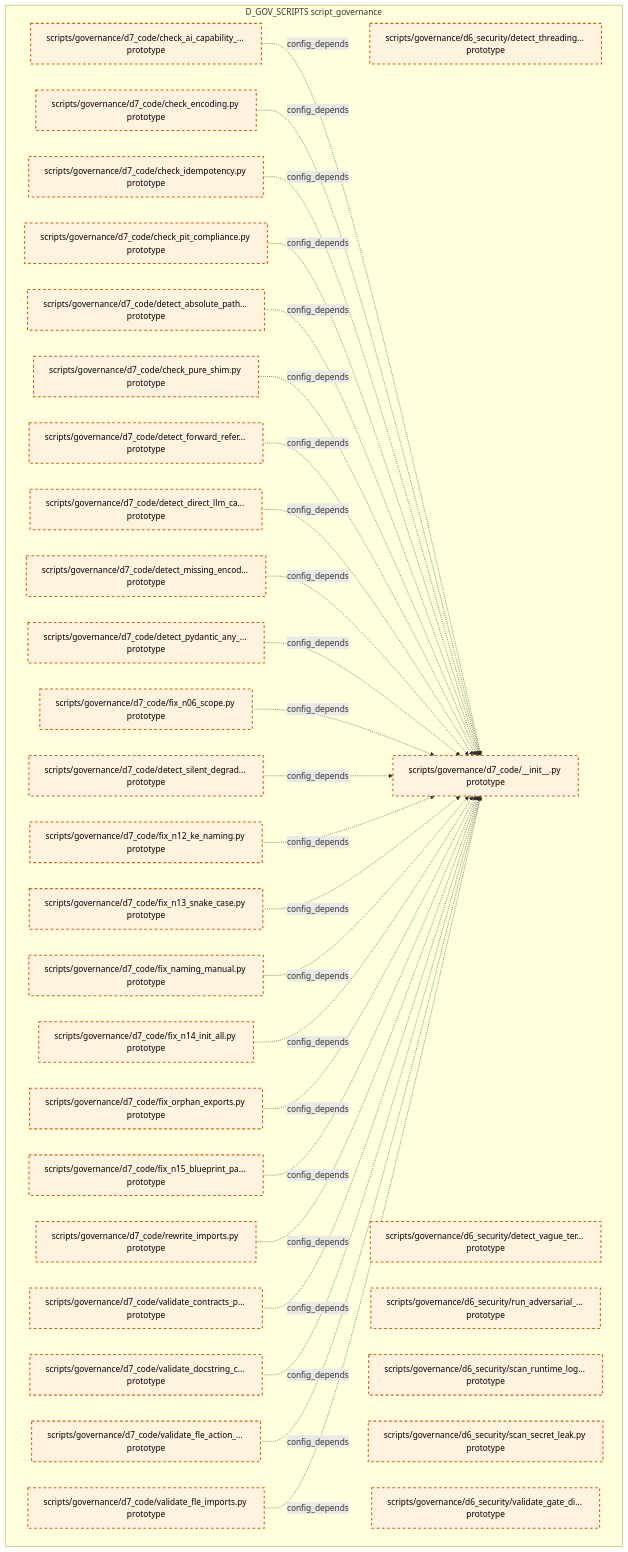
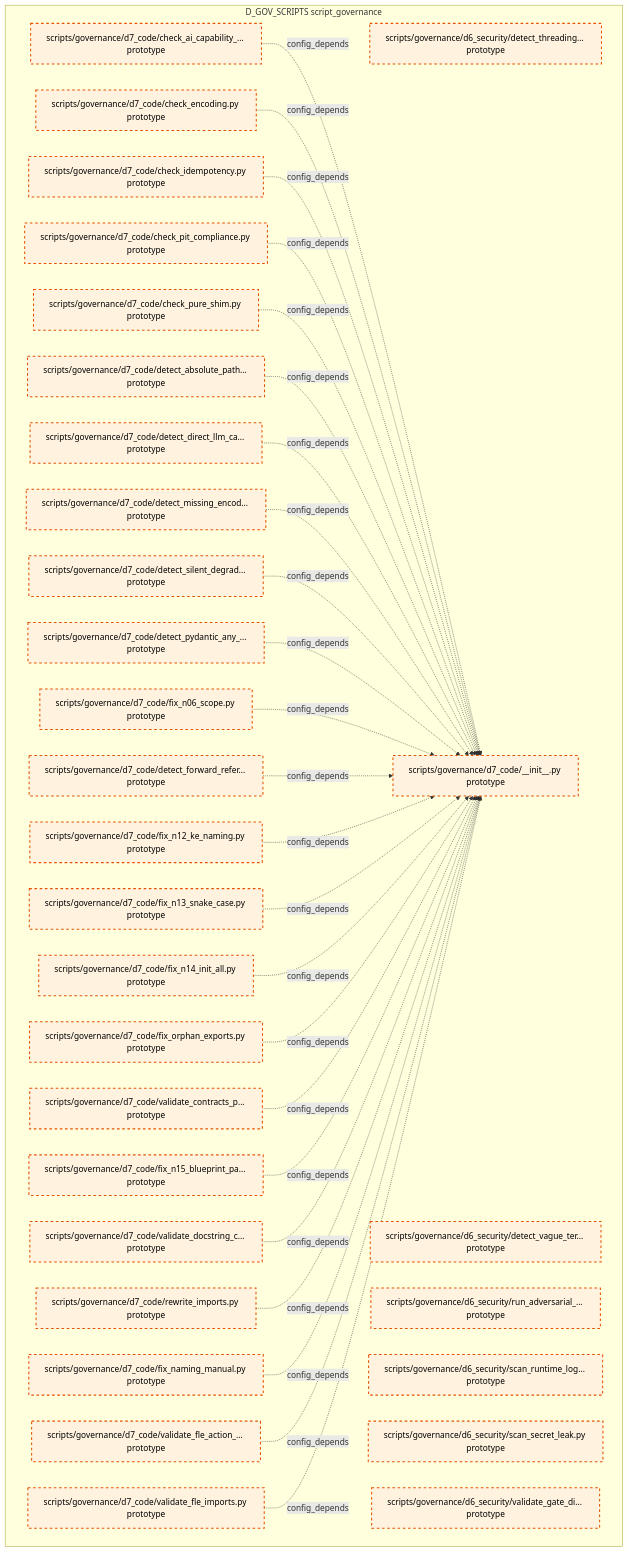
Before and after one commit to xuanFelixVan/ZephyrAlpha: the tenth of 15 diagrams in docs/02_enterprise_architecture/02_domain_architecture_docs/36_d_gov_scripts.md, drawn with Mermaid. The commit also changed other lines of this file and 99 other files, not shown here.

````diff
--- a/docs/02_enterprise_architecture/02_domain_architecture_docs/36_d_gov_scripts.md
+++ b/docs/02_enterprise_architecture/02_domain_architecture_docs/36_d_gov_scripts.md
@@ -688,63 +689,63 @@
 ```mermaid
 graph TD
     subgraph D_GOV_SCRIPTS["D_GOV_SCRIPTS script_governance"]
         scripts_governance_d6_security_detect_threading_lock_py["scripts/governance/d6_security/detect_threading... prototype"]
         scripts_governance_d6_security_detect_vague_terms_py["scripts/governance/d6_security/detect_vague_ter... prototype"]
         scripts_governance_d6_security_run_adversarial_checks_py["scripts/governance/d6_security/run_adversarial_... prototype"]
         scripts_governance_d6_security_scan_runtime_log_secrets_py["scripts/governance/d6_security/scan_runtime_log... prototype"]
         scripts_governance_d6_security_scan_secret_leak_py["scripts/governance/d6_security/scan_secret_leak.py prototype"]
         scripts_governance_d6_security_validate_gate_discipline_py["scripts/governance/d6_security/validate_gate_di... prototype"]
         scripts_governance_d7_code_init_py["scripts/governance/d7_code/__init__.py prototype"]
         scripts_governance_d7_code_check_ai_capability_boundary_py["scripts/governance/d7_code/check_ai_capability_... prototype"]
         scripts_governance_d7_code_check_encoding_py["scripts/governance/d7_code/check_encoding.py prototype"]
         scripts_governance_d7_code_check_idempotency_py["scripts/governance/d7_code/check_idempotency.py prototype"]
         scripts_governance_d7_code_check_pit_compliance_py["scripts/governance/d7_code/check_pit_compliance.py prototype"]
         scripts_governance_d7_code_check_pure_shim_py["scripts/governance/d7_code/check_pure_shim.py prototype"]
         scripts_governance_d7_code_detect_absolute_path_hardcoding_py["scripts/governance/d7_code/detect_absolute_path... prototype"]
         scripts_governance_d7_code_detect_direct_llm_calls_py["scripts/governance/d7_code/detect_direct_llm_ca... prototype"]
         scripts_governance_d7_code_detect_forward_reference_py["scripts/governance/d7_code/detect_forward_refer... prototype"]
         scripts_governance_d7_code_detect_missing_encoding_py["scripts/governance/d7_code/detect_missing_encod... prototype"]
         scripts_governance_d7_code_detect_pydantic_any_fields_py["scripts/governance/d7_code/detect_pydantic_any_... prototype"]
         scripts_governance_d7_code_detect_silent_degradation_py["scripts/governance/d7_code/detect_silent_degrad... prototype"]
         scripts_governance_d7_code_fix_n06_scope_py["scripts/governance/d7_code/fix_n06_scope.py prototype"]
         scripts_governance_d7_code_fix_n12_ke_naming_py["scripts/governance/d7_code/fix_n12_ke_naming.py prototype"]
         scripts_governance_d7_code_fix_n13_snake_case_py["scripts/governance/d7_code/fix_n13_snake_case.py prototype"]
         scripts_governance_d7_code_fix_n14_init_all_py["scripts/governance/d7_code/fix_n14_init_all.py prototype"]
         scripts_governance_d7_code_fix_n15_blueprint_path_py["scripts/governance/d7_code/fix_n15_blueprint_pa... prototype"]
         scripts_governance_d7_code_fix_naming_manual_py["scripts/governance/d7_code/fix_naming_manual.py prototype"]
         scripts_governance_d7_code_fix_orphan_exports_py["scripts/governance/d7_code/fix_orphan_exports.py prototype"]
         scripts_governance_d7_code_rewrite_imports_py["scripts/governance/d7_code/rewrite_imports.py prototype"]
         scripts_governance_d7_code_validate_contracts_purity_py["scripts/governance/d7_code/validate_contracts_p... prototype"]
         scripts_governance_d7_code_validate_docstring_coverage_py["scripts/governance/d7_code/validate_docstring_c... prototype"]
         scripts_governance_d7_code_validate_fle_action_metadata_py["scripts/governance/d7_code/validate_fle_action_... prototype"]
         scripts_governance_d7_code_validate_fle_imports_py["scripts/governance/d7_code/validate_fle_imports.py prototype"]
     end
     scripts_governance_d7_code_check_ai_capability_boundary_py -.->|config_depends| scripts_governance_d7_code_init_py
     scripts_governance_d7_code_check_encoding_py -.->|config_depends| scripts_governance_d7_code_init_py
     scripts_governance_d7_code_check_idempotency_py -.->|config_depends| scripts_governance_d7_code_init_py
     scripts_governance_d7_code_check_pit_compliance_py -.->|config_depends| scripts_governance_d7_code_init_py
+    scripts_governance_d7_code_check_pure_shim_py -.->|config_depends| scripts_governance_d7_code_init_py
     scripts_governance_d7_code_detect_absolute_path_hardcoding_py -.->|config_depends| scripts_governance_d7_code_init_py
-    scripts_governance_d7_code_check_pure_shim_py -.->|config_depends| scripts_governance_d7_code_init_py
-    scripts_governance_d7_code_detect_forward_reference_py -.->|config_depends| scripts_governance_d7_code_init_py
     scripts_governance_d7_code_detect_direct_llm_calls_py -.->|config_depends| scripts_governance_d7_code_init_py
     scripts_governance_d7_code_detect_missing_encoding_py -.->|config_depends| scripts_governance_d7_code_init_py
+    scripts_governance_d7_code_detect_silent_degradation_py -.->|config_depends| scripts_governance_d7_code_init_py
     scripts_governance_d7_code_detect_pydantic_any_fields_py -.->|config_depends| scripts_governance_d7_code_init_py
     scripts_governance_d7_code_fix_n06_scope_py -.->|config_depends| scripts_governance_d7_code_init_py
-    scripts_governance_d7_code_detect_silent_degradation_py -.->|config_depends| scripts_governance_d7_code_init_py
+    scripts_governance_d7_code_detect_forward_reference_py -.->|config_depends| scripts_governance_d7_code_init_py
     scripts_governance_d7_code_fix_n12_ke_naming_py -.->|config_depends| scripts_governance_d7_code_init_py
     scripts_governance_d7_code_fix_n13_snake_case_py -.->|config_depends| scripts_governance_d7_code_init_py
-    scripts_governance_d7_code_fix_naming_manual_py -.->|config_depends| scripts_governance_d7_code_init_py
     scripts_governance_d7_code_fix_n14_init_all_py -.->|config_depends| scripts_governance_d7_code_init_py
     scripts_governance_d7_code_fix_orphan_exports_py -.->|config_depends| scripts_governance_d7_code_init_py
+    scripts_governance_d7_code_validate_contracts_purity_py -.->|config_depends| scripts_governance_d7_code_init_py
     scripts_governance_d7_code_fix_n15_blueprint_path_py -.->|config_depends| scripts_governance_d7_code_init_py
+    scripts_governance_d7_code_validate_docstring_coverage_py -.->|config_depends| scripts_governance_d7_code_init_py
     scripts_governance_d7_code_rewrite_imports_py -.->|config_depends| scripts_governance_d7_code_init_py
-    scripts_governance_d7_code_validate_contracts_purity_py -.->|config_depends| scripts_governance_d7_code_init_py
-    scripts_governance_d7_code_validate_docstring_coverage_py -.->|config_depends| scripts_governance_d7_code_init_py
+    scripts_governance_d7_code_fix_naming_manual_py -.->|config_depends| scripts_governance_d7_code_init_py
     scripts_governance_d7_code_validate_fle_action_metadata_py -.->|config_depends| scripts_governance_d7_code_init_py
     scripts_governance_d7_code_validate_fle_imports_py -.->|config_depends| scripts_governance_d7_code_init_py
     classDef production fill:#e1f5fe,stroke:#01579b,stroke-width:2px,color:#000
     classDef design fill:#fff3e0,stroke:#e65100,stroke-width:2px,color:#000,stroke-dasharray: 5 5
     classDef external_prod fill:#e8f5e9,stroke:#1b5e20,stroke-width:1px,color:#000
     classDef external_design fill:#fce4ec,stroke:#880e4f,stroke-width:1px,color:#000,stroke-dasharray: 5 5
     class scripts_governance_d6_security_detect_threading_lock_py,scripts_governance_d6_security_detect_vague_terms_py,scripts_governance_d6_security_run_adversarial_checks_py,scripts_governance_d6_security_scan_runtime_log_secrets_py,scripts_governance_d6_security_scan_secret_leak_py,scripts_governance_d6_security_validate_gate_discipline_py,scripts_governance_d7_code_init_py,scripts_governance_d7_code_check_ai_capability_boundary_py,scripts_governance_d7_code_check_encoding_py,scripts_governance_d7_code_check_idempotency_py,scripts_governance_d7_code_check_pit_compliance_py,scripts_governance_d7_code_check_pure_shim_py,scripts_governance_d7_code_detect_absolute_path_hardcoding_py,scripts_governance_d7_code_detect_direct_llm_calls_py,scripts_governance_d7_code_detect_forward_reference_py,scripts_governance_d7_code_detect_missing_encoding_py,scripts_governance_d7_code_detect_pydantic_any_fields_py,scripts_governance_d7_code_detect_silent_degradation_py,scripts_governance_d7_code_fix_n06_scope_py,scripts_governance_d7_code_fix_n12_ke_naming_py,scripts_governance_d7_code_fix_n13_snake_case_py,scripts_governance_d7_code_fix_n14_init_all_py,scripts_governance_d7_code_fix_n15_blueprint_path_py,scripts_governance_d7_code_fix_naming_manual_py,scripts_governance_d7_code_fix_orphan_exports_py,scripts_governance_d7_code_rewrite_imports_py,scripts_governance_d7_code_validate_contracts_purity_py,scripts_governance_d7_code_validate_docstring_coverage_py,scripts_governance_d7_code_validate_fle_action_metadata_py,scripts_governance_d7_code_validate_fle_imports_py design
 ```
````
